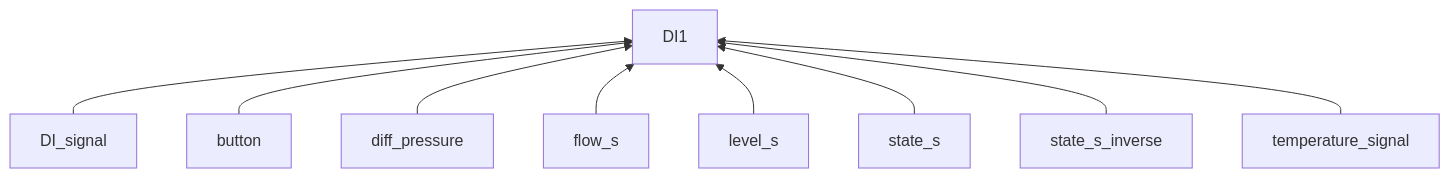
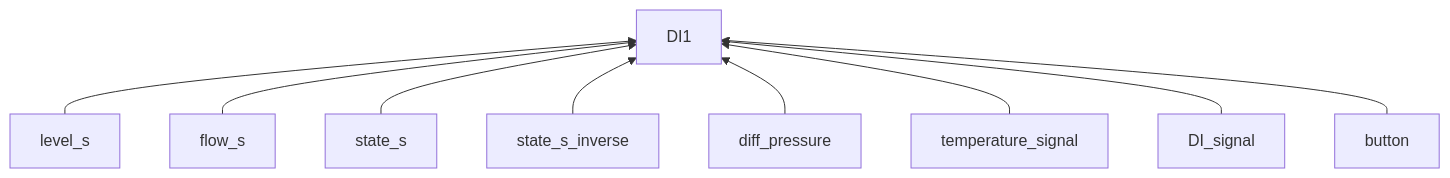
One commit to savushkin-r-d/ptusa_main changed the third of 11 diagrams in docs/class_scheme/readme.md. Above: the diagram before and after it, drawn with Mermaid. The commit also changed other lines of this file, not shown here.

Commit message:
Final schemas update

````diff
--- a/docs/class_scheme/readme.md
+++ b/docs/class_scheme/readme.md
@@ -33,11 +36,11 @@
 ```mermaid
 flowchart BT
-    DI_signal-->DI1
-    button-->DI1
-    diff_pressure-->DI1
-    flow_s-->DI1
-    level_s-->DI1
-    state_s-->DI1
-    state_s_inverse-->DI1
-    temperature_signal-->DI1
+    level_s[level_s] --> DI1[DI1]
+    flow_s[flow_s] --> DI1
+    state_s[state_s] --> DI1
+    state_s_inverse[state_s_inverse] --> DI1
+    diff_pressure[diff_pressure] --> DI1
+    temperature_signal[temperature_signal] --> DI1
+    DI_signal[DI_signal] --> DI1
+    button[button] --> DI1
 ```
````
